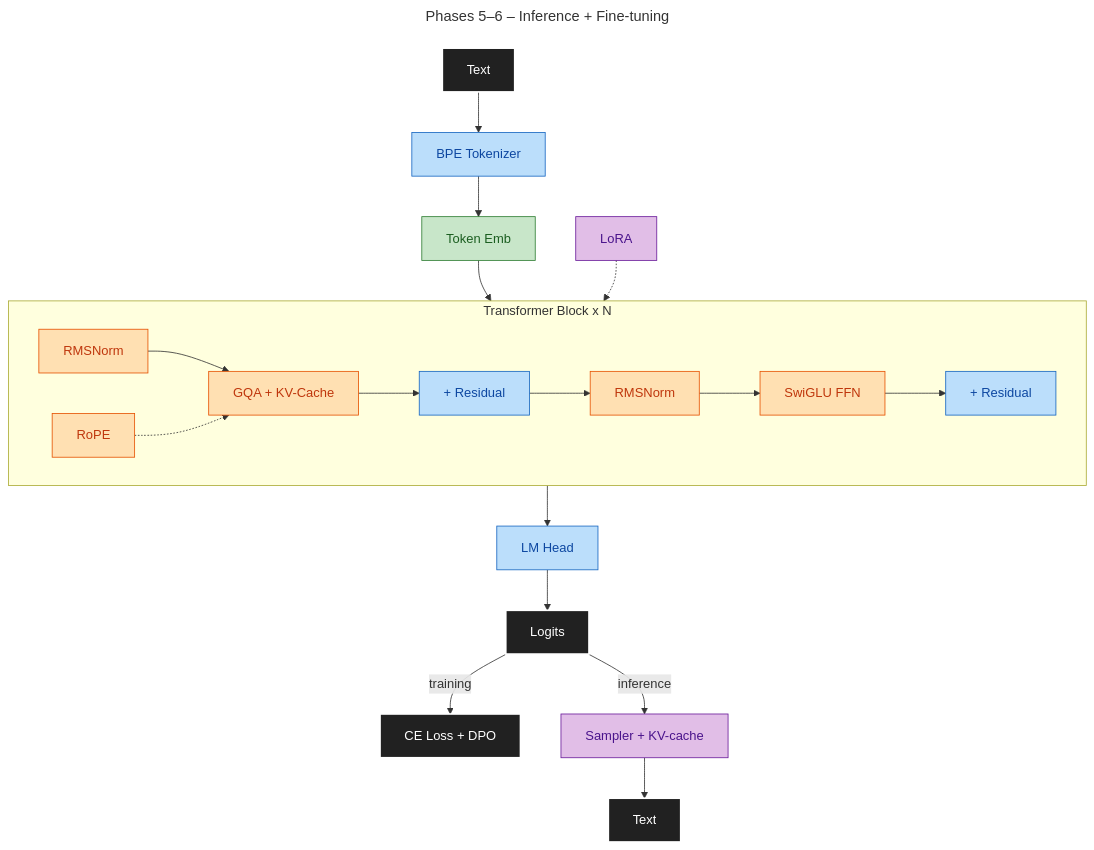
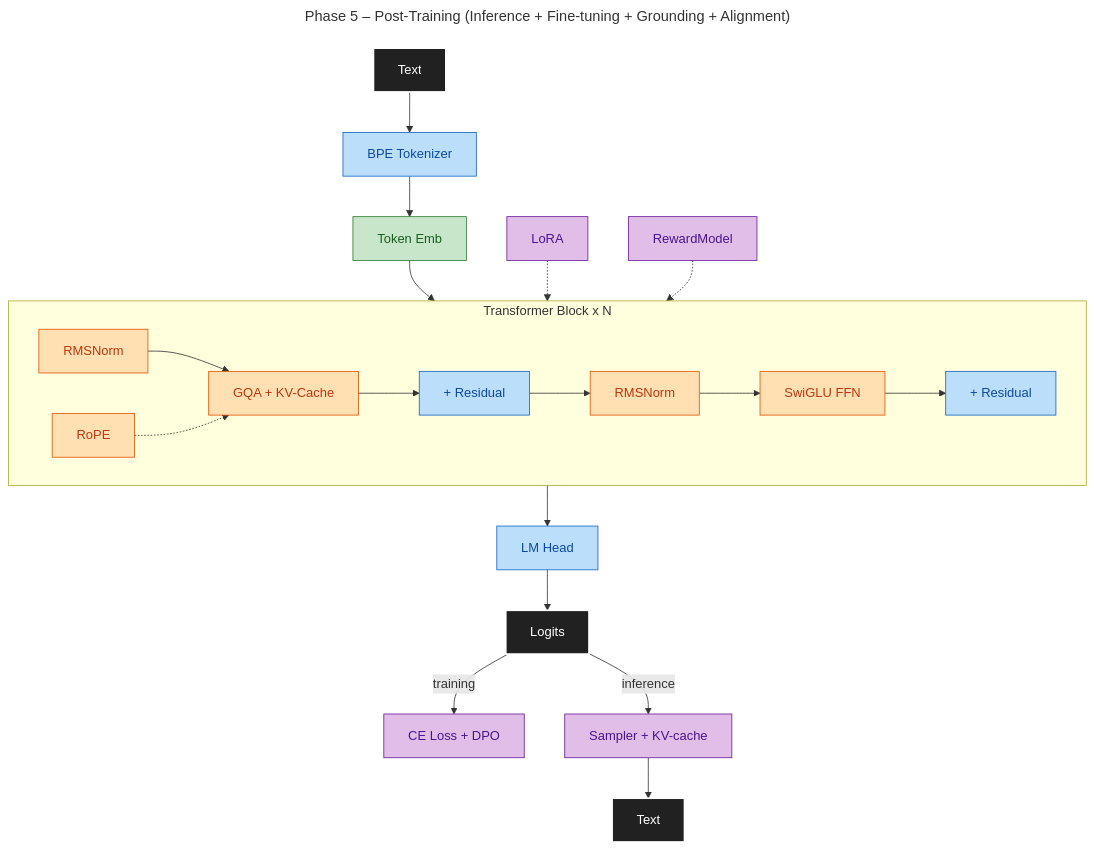
Before and after one commit to maxjbarfuss/max_llm: the fourth of 7 diagrams in docs/DESIGN.md, drawn with Mermaid. The commit also changed other lines of this file and 10 other files, not shown here.

````diff
--- a/docs/DESIGN.md
+++ b/docs/DESIGN.md
@@ -70,21 +94,22 @@
 ```mermaid
 ---
-title: Phases 5–6 – Inference + Fine-tuning
+title: Phase 5 – Post-Training (Inference + Fine-tuning + Grounding + Alignment)
 ---
 graph TD
     A[Text]:::io --> B[BPE Tokenizer]:::p3 --> C[Token Emb]:::p2 --> Block
     subgraph Block[Transformer Block x N]
         direction LR
         D[RMSNorm]:::p4 --> E[GQA + KV-Cache]:::p4 --> F[+ Residual]:::p3 --> G[RMSNorm]:::p4 --> H[SwiGLU FFN]:::p4 --> I[+ Residual]:::p3
         RoPE:::p4 -.-> E
     end
     Block --> J[LM Head]:::p3 --> K[Logits]:::io
-    K -->|training| L[CE Loss + DPO]:::io
-    K -->|inference| M[Sampler + KV-cache]:::p56 --> N[Text]:::io
-    LoRA:::p56 -.-> Block
+    K -->|training| L[CE Loss + DPO]:::p5
+    K -->|inference| M[Sampler + KV-cache]:::p5 --> N[Text]:::io
+    LoRA:::p5 -.-> Block
+    RewardModel:::p5 -.-> Block
     classDef io fill:#212121,stroke:#FFFFFF,color:#FFFFFF,stroke-width:2px
     classDef p2 fill:#C8E6C9,stroke:#2E7D32,color:#1B5E20
     classDef p3 fill:#BBDEFB,stroke:#1565C0,color:#0D47A1
     classDef p4 fill:#FFE0B2,stroke:#E65100,color:#BF360C
-    classDef p56 fill:#E1BEE7,stroke:#6A1B9A,color:#4A148C
+    classDef p5 fill:#E1BEE7,stroke:#6A1B9A,color:#4A148C
 ```
````
